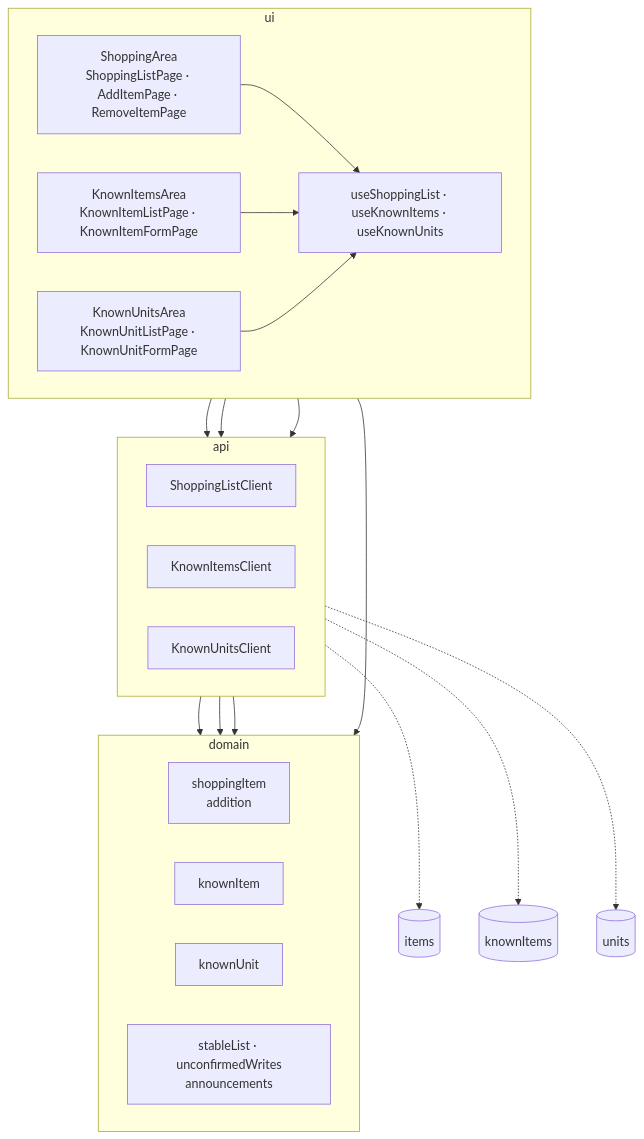
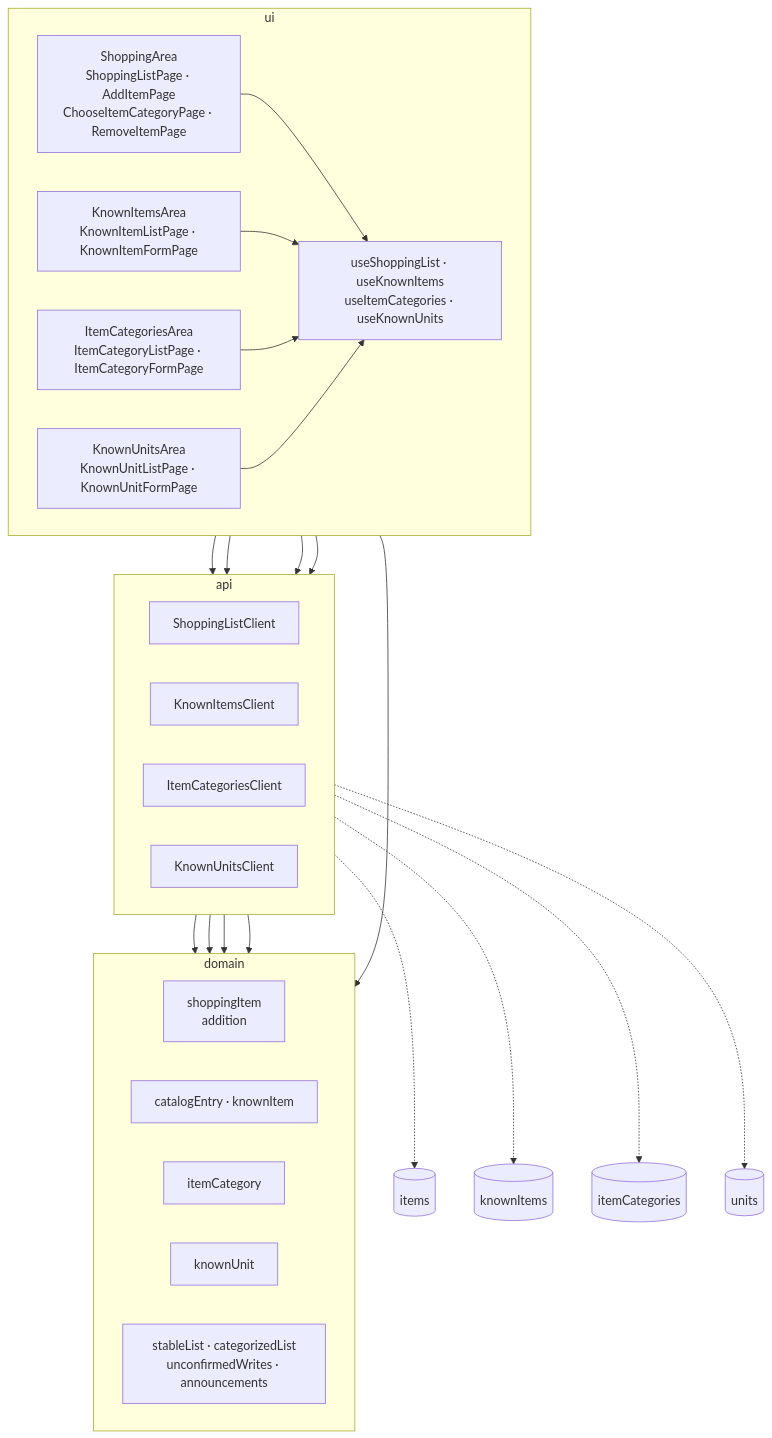
The third of 5 diagrams in docs/architektur/05-bausteinsicht.md (burnyWes/Mahlzeiten-Planer), drawn with Mermaid before and after one commit. The commit also changed other lines of this file and 81 other files, not shown here.

First line of the commit message:
MZP-046 > feat: sort the shopping list by item categories

````diff
--- a/docs/architektur/05-bausteinsicht.md
+++ b/docs/architektur/05-bausteinsicht.md
@@ -112,40 +112,47 @@
 ```mermaid
 flowchart TB
     subgraph ui["ui"]
         direction LR
-        shoppingArea["ShoppingArea<br/>ShoppingListPage · AddItemPage · RemoveItemPage"]
+        shoppingArea["ShoppingArea<br/>ShoppingListPage · AddItemPage<br/>ChooseItemCategoryPage · RemoveItemPage"]
         knownItemsArea["KnownItemsArea<br/>KnownItemListPage · KnownItemFormPage"]
+        itemCategoriesArea["ItemCategoriesArea<br/>ItemCategoryListPage · ItemCategoryFormPage"]
         knownUnitsArea["KnownUnitsArea<br/>KnownUnitListPage · KnownUnitFormPage"]
-        hooks["useShoppingList · useKnownItems · useKnownUnits"]
+        hooks["useShoppingList · useKnownItems<br/>useItemCategories · useKnownUnits"]
     end
 
     subgraph api["api"]
         direction LR
         shoppingListClient["ShoppingListClient"]
         knownItemsClient["KnownItemsClient"]
+        itemCategoriesClient["ItemCategoriesClient"]
         knownUnitsClient["KnownUnitsClient"]
     end
 
     subgraph domain["domain"]
         direction LR
         shoppingItem["shoppingItem<br/>addition"]
-        knownItem["knownItem"]
+        knownItem["catalogEntry · knownItem"]
+        itemCategory["itemCategory"]
         knownUnit["knownUnit"]
-        support["stableList · unconfirmedWrites<br/>announcements"]
+        support["stableList · categorizedList<br/>unconfirmedWrites · announcements"]
     end
 
     shoppingArea --> hooks
     knownItemsArea --> hooks
+    itemCategoriesArea --> hooks
     knownUnitsArea --> hooks
     hooks --> shoppingListClient
     hooks --> knownItemsClient
+    hooks --> itemCategoriesClient
     hooks --> knownUnitsClient
     hooks --> domain
     shoppingListClient --> shoppingItem
     knownItemsClient --> knownItem
+    itemCategoriesClient --> itemCategory
     knownUnitsClient --> knownUnit
 
     shoppingListClient -.-> items[("items")]
     knownItemsClient -.-> knownItems[("knownItems")]
+    itemCategoriesClient -.-> itemCategories[("itemCategories")]
     knownUnitsClient -.-> knownUnits[("units")]
 ```
````
